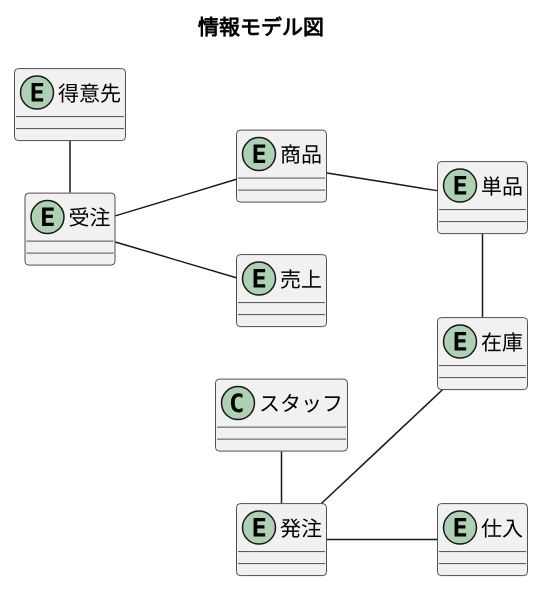
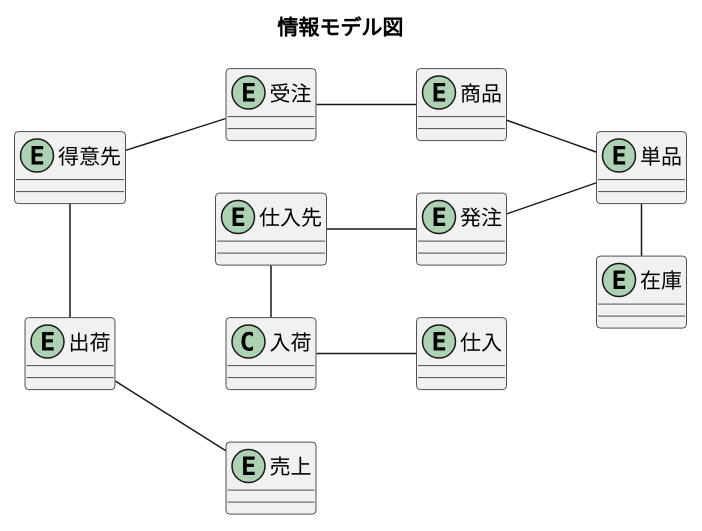
Before and after one commit to k2works/application_programing_excercise_2022: diagram 33 of 39 in docs/index.adoc, drawn with PlantUML.

Commit message:
docs: 情報モデル

```diff
--- a/docs/index.adoc
+++ b/docs/index.adoc
@@ -1054,28 +1054,32 @@
 [plantuml]
 ----
 @startuml
 
 title 情報モデル図
 
 left to right direction
 
 entity 得意先
+entity 仕入先
 entity 商品
 entity 単品
 entity 受注
+entity 出荷
 entity 発注
 entity 在庫
 entity 売上
 entity 仕入
 
-得意先 - 受注
+得意先 - 出荷
+得意先 -- 受注
 受注 -- 商品
 商品 -- 単品
 単品 - 在庫
-受注 -- 売上
-スタッフ - 発注
-発注 -- 在庫
-発注 -- 仕入
+出荷 -- 売上
+仕入先 -- 発注
+仕入先 - 入荷
+発注 -- 単品
+入荷 -- 仕入
 
 @enduml
 ----
```
